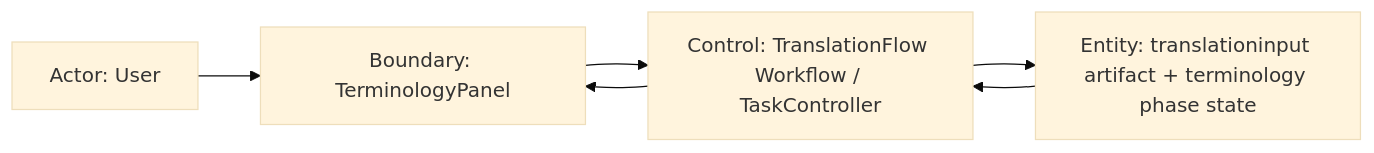
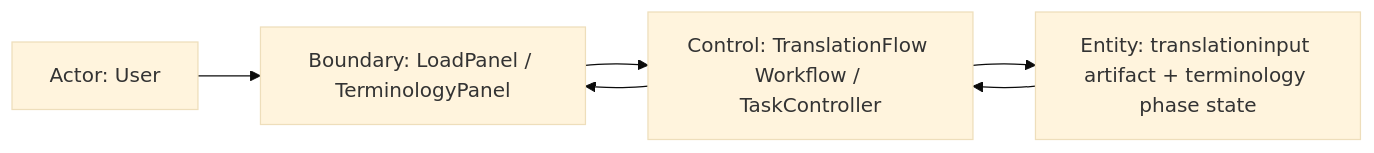
The diagram in changes/translation-flow-terminology-target-list/scenarios.md (ishibata91/ai-translation-engine-2), drawn with Mermaid (base theme) before and after one commit. The commit also changed other lines of this file and 13 other files, not shown here.

````diff
--- a/changes/translation-flow-terminology-target-list/scenarios.md
+++ b/changes/translation-flow-terminology-target-list/scenarios.md
@@ -17,13 +19,13 @@
 ```mermaid
 flowchart LR
   actor[Actor: User]
-  boundary[Boundary: TerminologyPanel]
+  boundary[Boundary: LoadPanel / TerminologyPanel]
   control[Control: TranslationFlow Workflow / TaskController]
   entity[Entity: translationinput artifact + terminology phase state]
 
   actor --> boundary
   boundary --> control
   control --> entity
   entity --> control
   control --> boundary
 ```
````
